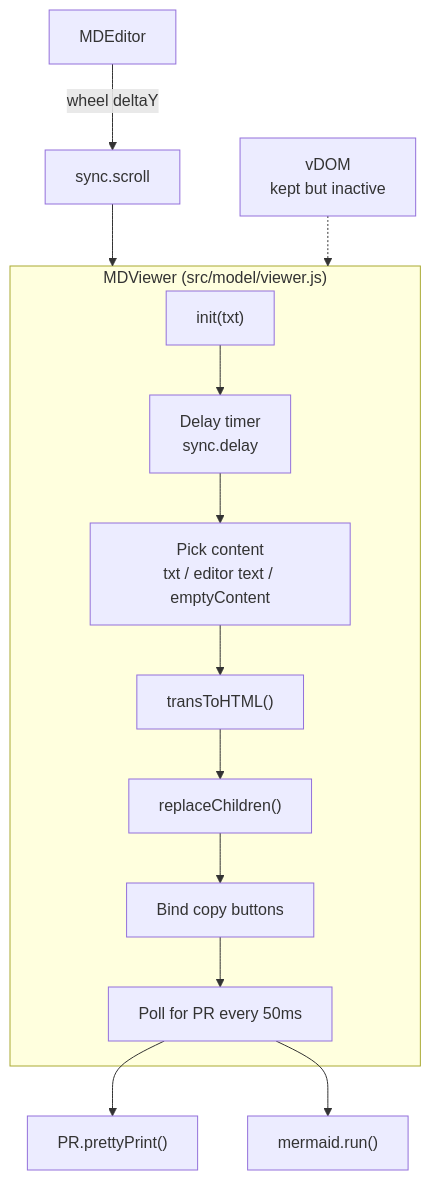
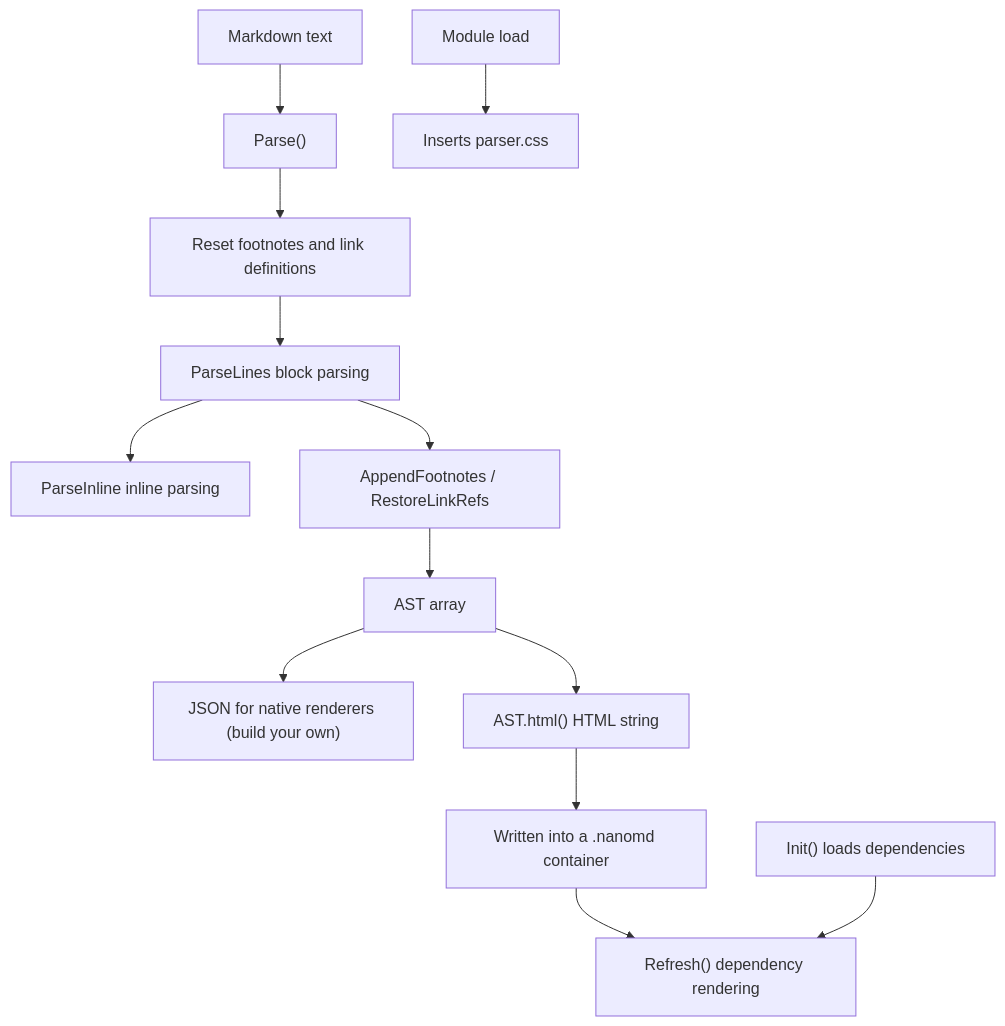
One commit to pardnchiu/NanoMD changed the first of 7 diagrams in doc/architecture.md. Above: the diagram before and after it, drawn with Mermaid. The commit also changed other lines of this file and 7 other files, not shown here.

````diff
--- a/doc/architecture.md
+++ b/doc/architecture.md
@@ -54,19 +9,15 @@
 ```mermaid
 graph TB
-    subgraph MDViewer["MDViewer (src/model/viewer.js)"]
-        Init["init(txt)"]
-        Timer[Delay timer<br/>sync.delay]
-        Pick[Pick content<br/>txt / editor text / emptyContent]
-        Replace["replaceChildren()"]
-        Copy[Bind copy buttons]
-        Poll[Poll for PR every 50ms]
-        Init --> Timer --> Pick
-        Pick --> Trans["transToHTML()"]
-        Trans --> Replace --> Copy --> Poll
-    end
-    Editor[MDEditor] -->|wheel deltaY| Scroll[sync.scroll]
-    Scroll --> MDViewer
-    Poll --> PR["PR.prettyPrint()"]
-    Poll --> Mermaid["mermaid.run()"]
-    VDOM[vDOM<br/>kept but inactive] -.-> MDViewer
+    Input[Markdown text] --> Parse["Parse()"]
+    Parse --> Reset[Reset footnotes and link definitions]
+    Reset --> Lines[ParseLines block parsing]
+    Lines --> Inline[ParseInline inline parsing]
+    Lines --> Post[AppendFootnotes / RestoreLinkRefs]
+    Post --> AST[AST array]
+    AST --> JSON["JSON for native renderers (build your own)"]
+    AST --> HTML["AST.html() HTML string"]
+    HTML --> DOM[Written into a .nanomd container]
+    DOM --> Refresh["Refresh() dependency rendering"]
+    Init["Init() loads dependencies"] --> Refresh
+    Load[Module load] --> CSS[Inserts parser.css]
 ```
````
